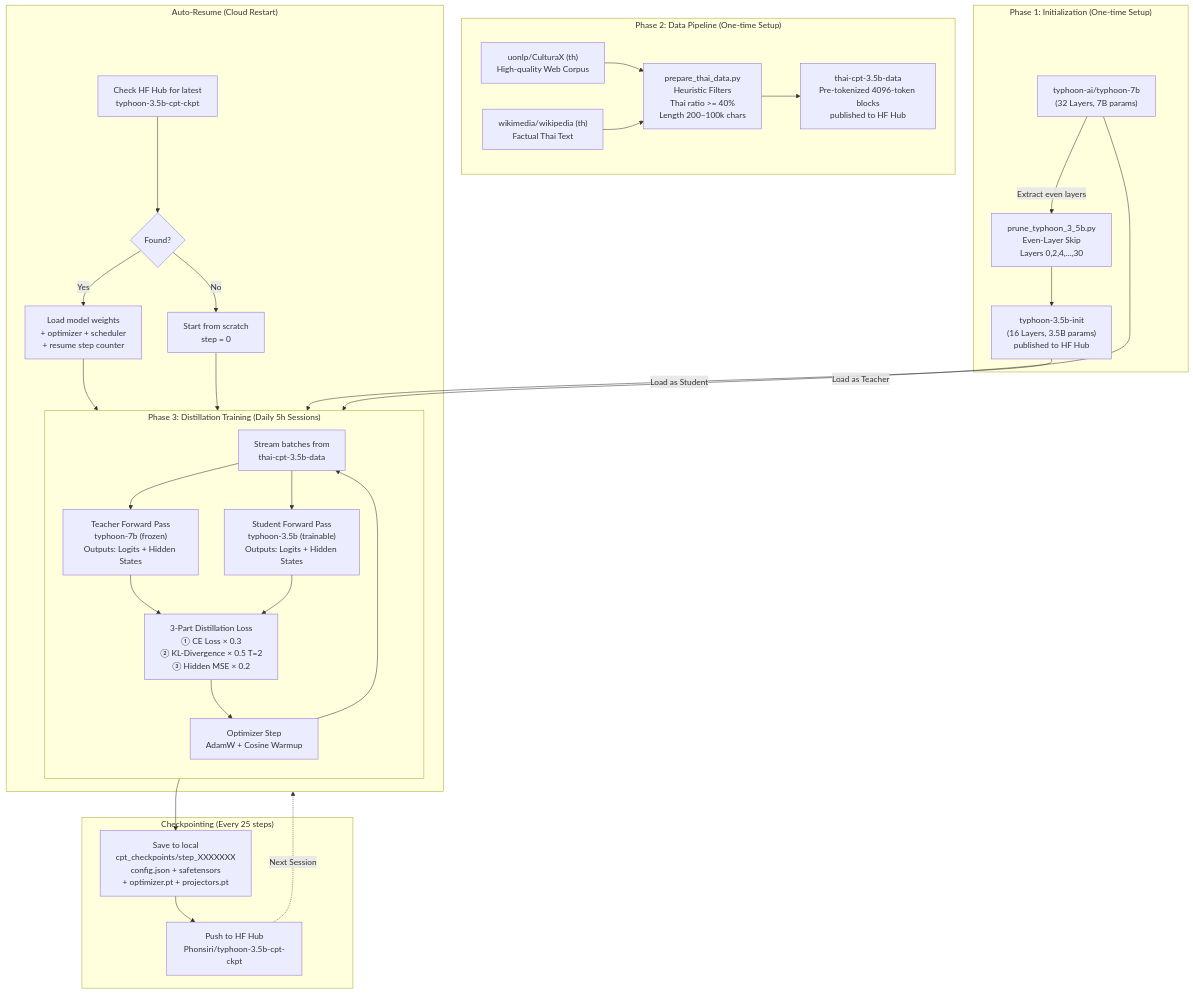
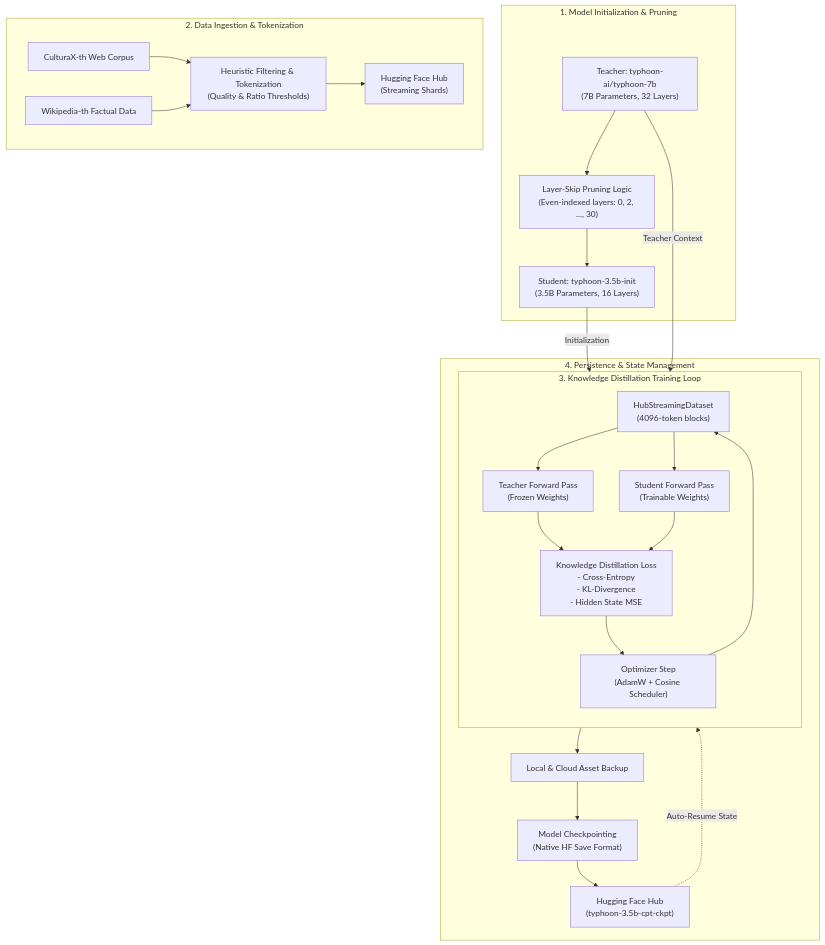
Before and after one commit to Phonsiriwillbejommarn/The-Weather-Theme: the diagram in README.md, drawn with Mermaid.

Commit message:
Docs: Refactor System Architecture diagram for formal engineering report

````diff
--- a/README.md
+++ b/README.md
@@ -14,46 +14,38 @@
 ```mermaid
 flowchart TD
-    subgraph INIT["Phase 1: Initialization (One-time Setup)"]
-        A["typhoon-ai/typhoon-7b\n(32 Layers, 7B params)"]
-        B["prune_typhoon_3_5b.py\nEven-Layer Skip\nLayers 0,2,4,...,30"]
-        C["typhoon-3.5b-init\n(16 Layers, 3.5B params)\npublished to HF Hub"]
-        A -->|"Extract even layers"| B --> C
+    subgraph INIT["1. Model Initialization & Pruning"]
+        A["Teacher: typhoon-ai/typhoon-7b\n(7B Parameters, 32 Layers)"]
+        B["Layer-Skip Pruning Logic\n(Even-indexed layers: 0, 2, ..., 30)"]
+        C["Student: typhoon-3.5b-init\n(3.5B Parameters, 16 Layers)"]
+        A --> B --> C
     end
 
-    subgraph DATA["Phase 2: Data Pipeline (One-time Setup)"]
-        D1["uonlp/CulturaX (th)\nHigh-quality Web Corpus"]
-        D2["wikimedia/wikipedia (th)\nFactual Thai Text"]
-        E["prepare_thai_data.py\nHeuristic Filters\nThai ratio >= 40%\nLength 200–100k chars"]
-        F["thai-cpt-3.5b-data\nPre-tokenized 4096-token blocks\npublished to HF Hub"]
+    subgraph DATA["2. Data Ingestion & Tokenization"]
+        D1["CulturaX-th Web Corpus"]
+        D2["Wikipedia-th Factual Data"]
+        E["Heuristic Filtering & Tokenization\n(Quality & Ratio Thresholds)"]
+        F["Hugging Face Hub\n(Streaming Shards)"]
         D1 & D2 --> E --> F
     end
 
-    subgraph TRAIN["Phase 3: Distillation Training (Daily 5h Sessions)"]
+    subgraph TRAIN["3. Knowledge Distillation Training Loop"]
         direction TB
-        G["Stream batches from\nthai-cpt-3.5b-data"]
-        H["Teacher Forward Pass\ntyphoon-7b (frozen)\nOutputs: Logits + Hidden States"]
-        I["Student Forward Pass\ntyphoon-3.5b (trainable)\nOutputs: Logits + Hidden States"]
-        J["3-Part Distillation Loss\n① CE Loss  × 0.3\n② KL-Divergence × 0.5  T=2\n③ Hidden MSE  × 0.2"]
-        K["Optimizer Step\nAdamW + Cosine Warmup"]
+        G["HubStreamingDataset\n(4096-token blocks)"]
+        H["Teacher Forward Pass\n(Frozen Weights)"]
+        I["Student Forward Pass\n(Trainable Weights)"]
+        J["Knowledge Distillation Loss\n- Cross-Entropy\n- KL-Divergence\n- Hidden State MSE"]
+        K["Optimizer Step\n(AdamW + Cosine Scheduler)"]
         G --> H & I --> J --> K --> G
     end
 
-    subgraph RESUME["Auto-Resume (Cloud Restart)"]
-        L["Check HF Hub for latest\ntyphoon-3.5b-cpt-ckpt"]
-        M{"Found?"}
-        N["Load model weights\n+ optimizer + scheduler\n+ resume step counter"]
-        O["Start from scratch\nstep = 0"]
-        L --> M -->|Yes| N --> TRAIN
-        M -->|No| O --> TRAIN
+    subgraph PERS_CKPT["4. Persistence & State Management"]
+        L["Local & Cloud Asset Backup"]
+        M["Model Checkpointing\n(Native HF Save Format)"]
+        N["Hugging Face Hub\n(typhoon-3.5b-cpt-ckpt)"]
+        K --> L --> M --> N
+        N -.->|"Auto-Resume State"| TRAIN
     end
 
-    subgraph CKPT["Checkpointing (Every 25 steps)"]
-        P["Save to local\ncpt_checkpoints/step_XXXXXXX\nconfig.json + safetensors\n+ optimizer.pt + projectors.pt"]
-        Q["Push to HF Hub\nPhonsiri/typhoon-3.5b-cpt-ckpt"]
-        K --> P --> Q
-    end
-
-    C -->|"Load as Student"| TRAIN
-    A -->|"Load as Teacher"| TRAIN
-    Q -.->|"Next Session"| RESUME
+    C -->|"Initialization"| TRAIN
+    A -->|"Teacher Context"| TRAIN
 ```
````
